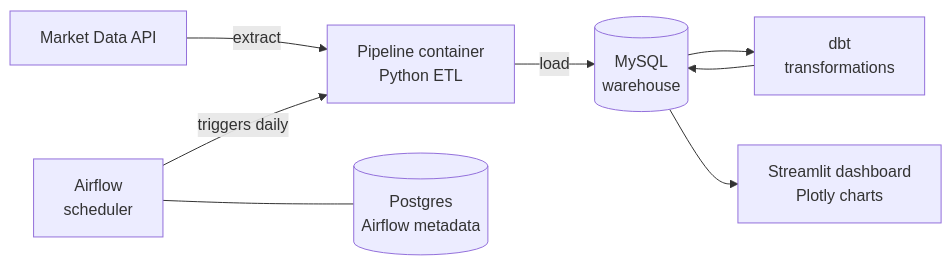
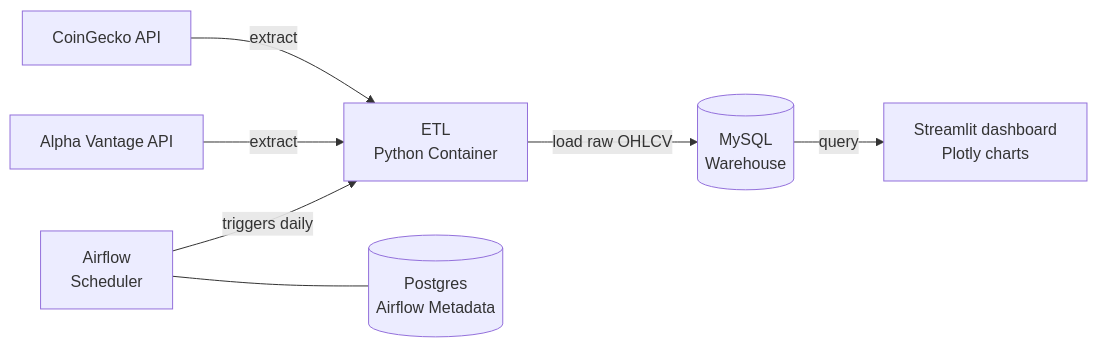
The diagram in README.md (xutai712/crypto-stock-pipeline), drawn with Mermaid before and after one commit. The commit also changed other lines of this file, not shown here.

````diff
--- a/README.md
+++ b/README.md
@@ -19,10 +19,9 @@
 ```mermaid
 flowchart LR
-    API[Market Data API] -->|extract| P[Pipeline container<br/>Python ETL]
-    P -->|load| M[(MySQL<br/>warehouse)]
-    M --> D[dbt<br/>transformations]
-    D --> M
-    M --> S[Streamlit dashboard<br/>Plotly charts]
-    A[Airflow<br/>scheduler] -->|triggers daily| P
-    A --- PG[(Postgres<br/>Airflow metadata)]
+    CG[CoinGecko API] -->|extract| P[ETL<br/>Python Container]
+    AV[Alpha Vantage API] -->|extract| P
+    P -->|load raw OHLCV| M[(MySQL<br/>Warehouse)]
+    AV2[Airflow<br/>Scheduler] -->|triggers daily| P
+    M -->|query| S[Streamlit dashboard<br/>Plotly charts]
+    AV2 --- PG[(Postgres<br/>Airflow Metadata)]
 ```
````
